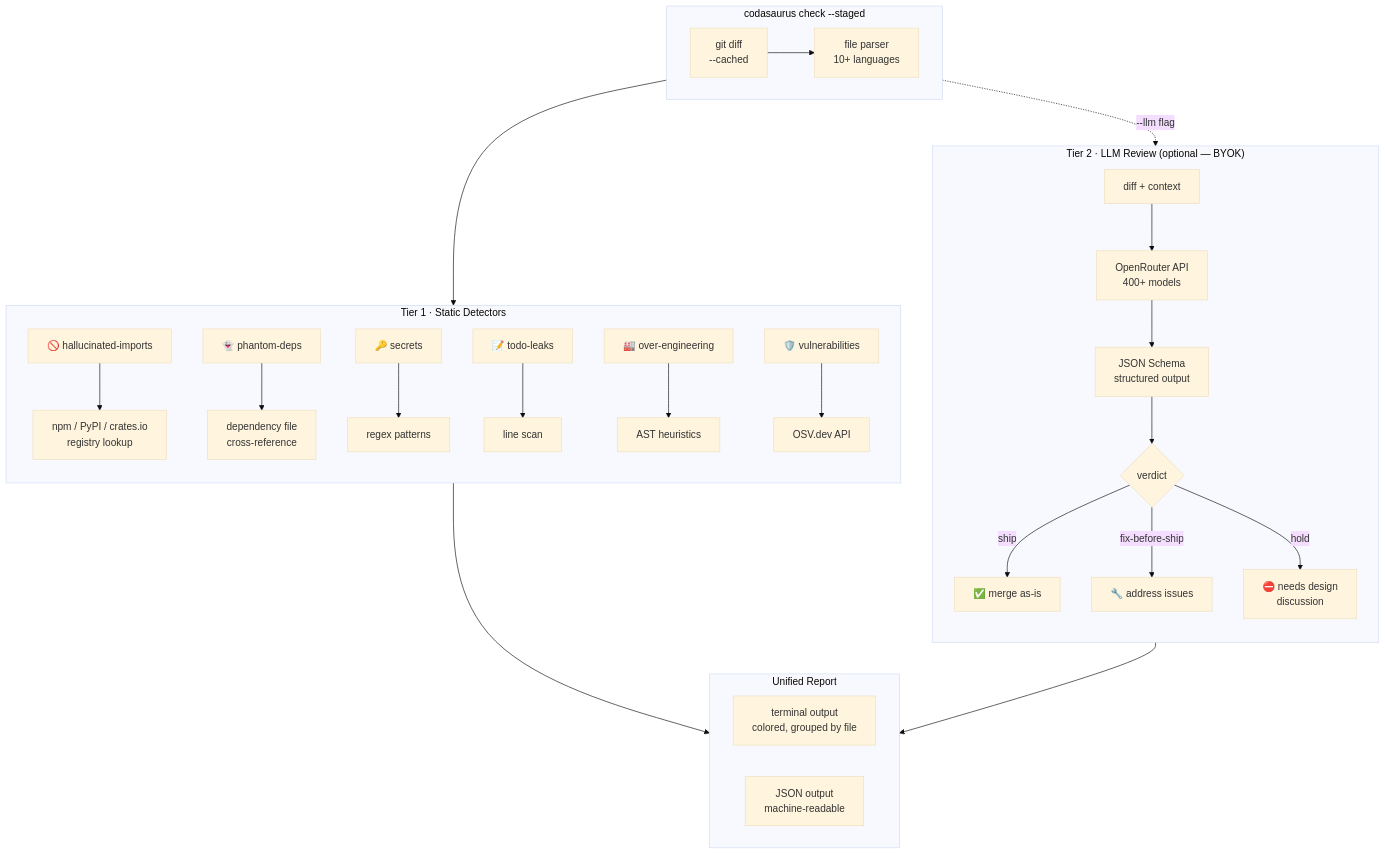
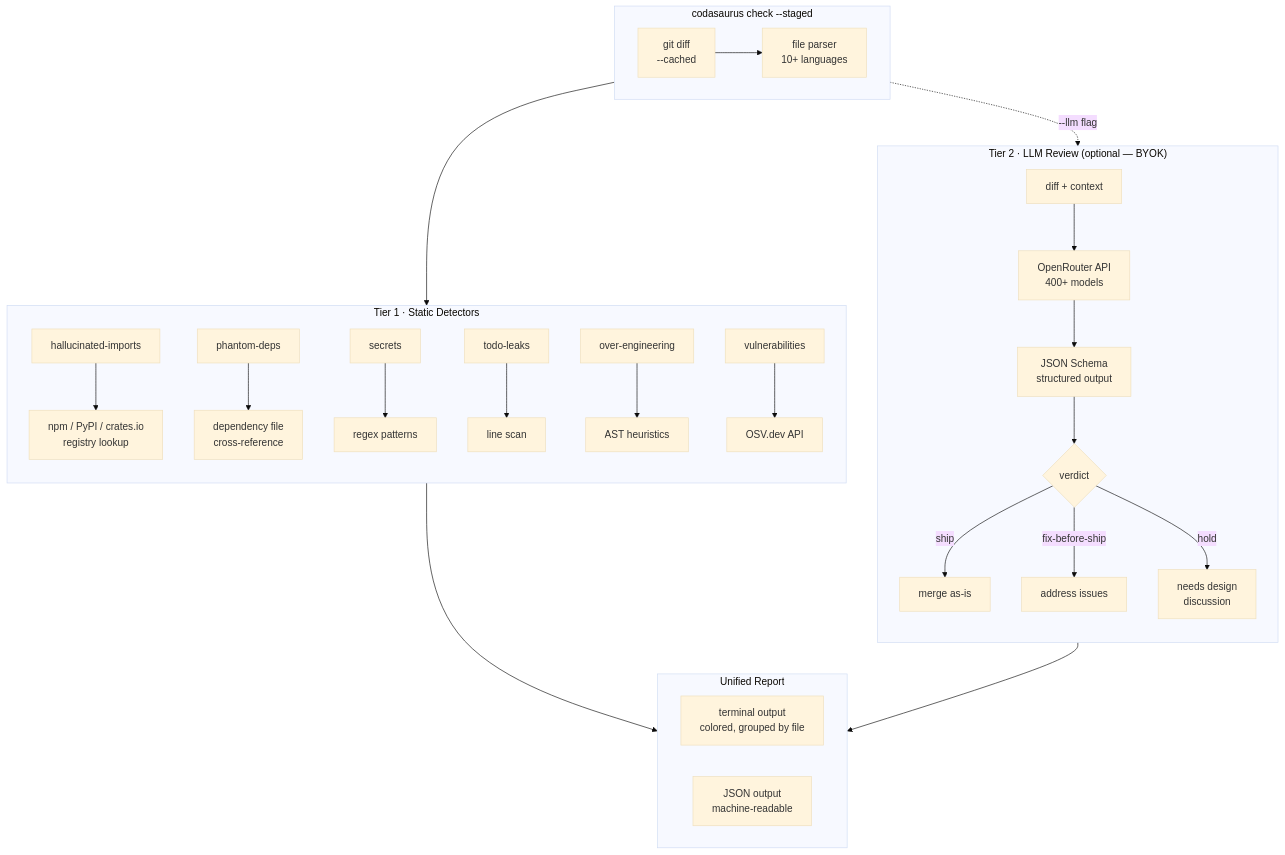
The first of 3 diagrams in README.md (lohitkolluri/codasaurus), drawn with Mermaid (base theme) before and after one commit. The commit also changed other lines of this file, not shown here.

````diff
--- a/README.md
+++ b/README.md
@@ -37,37 +47,37 @@
 ```mermaid
 flowchart TB
     subgraph CLI["codasaurus check --staged"]
         direction LR
         A[git diff<br/>--cached] --> B[file parser<br/>10+ languages]
     end
 
     subgraph Tier1["Tier 1 · Static Detectors"]
         direction TB
-        HALLUC[🚫 hallucinated-imports] --> REGISTRY[npm / PyPI / crates.io<br/>registry lookup]
-        PHANTOM[👻 phantom-deps] --> DEPS[dependency file<br/>cross-reference]
-        SEC[🔑 secrets] --> REGEX[regex patterns]
-        TODO[📝 todo-leaks] --> SCAN[line scan]
-        OVER[🏭 over-engineering] --> AST[AST heuristics]
-        VULN[🛡️ vulnerabilities] --> OSV[OSV.dev API]
+        HALLUC[hallucinated-imports] --> REGISTRY[npm / PyPI / crates.io<br/>registry lookup]
+        PHANTOM[phantom-deps] --> DEPS[dependency file<br/>cross-reference]
+        SEC[secrets] --> REGEX[regex patterns]
+        TODO[todo-leaks] --> SCAN[line scan]
+        OVER[over-engineering] --> AST[AST heuristics]
+        VULN[vulnerabilities] --> OSV[OSV.dev API]
     end
 
     subgraph Tier2["Tier 2 · LLM Review (optional — BYOK)"]
         direction TB
         DIFF[diff + context] --> OR[OpenRouter API<br/>400+ models]
         OR --> STRUCT[JSON Schema<br/>structured output]
         STRUCT --> VERDICT{verdict}
-        VERDICT -->|ship| SHIP[✅ merge as-is]
-        VERDICT -->|fix-before-ship| FIX[🔧 address issues]
-        VERDICT -->|hold| HOLD[⛔ needs design<br/>discussion]
+        VERDICT -->|ship| SHIP[merge as-is]
+        VERDICT -->|fix-before-ship| FIX[address issues]
+        VERDICT -->|hold| HOLD[needs design<br/>discussion]
     end
 
     subgraph OUTPUT["Unified Report"]
         TB[terminal output<br/>colored, grouped by file]
         JSON_OUT[JSON output<br/>machine-readable]
     end
 
     B --> Tier1
     B -.->|--llm flag| Tier2
     Tier1 --> OUTPUT
     Tier2 --> OUTPUT
 ```
````
